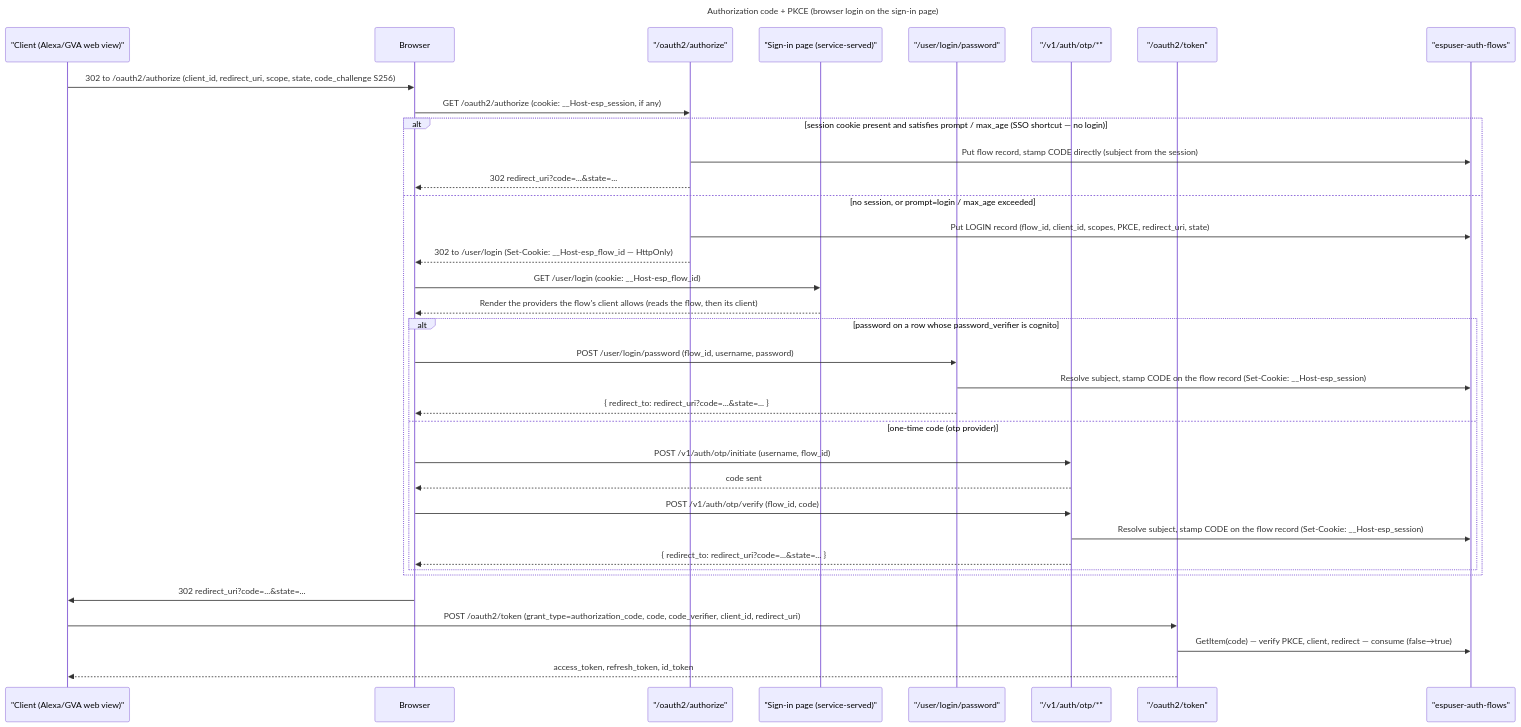
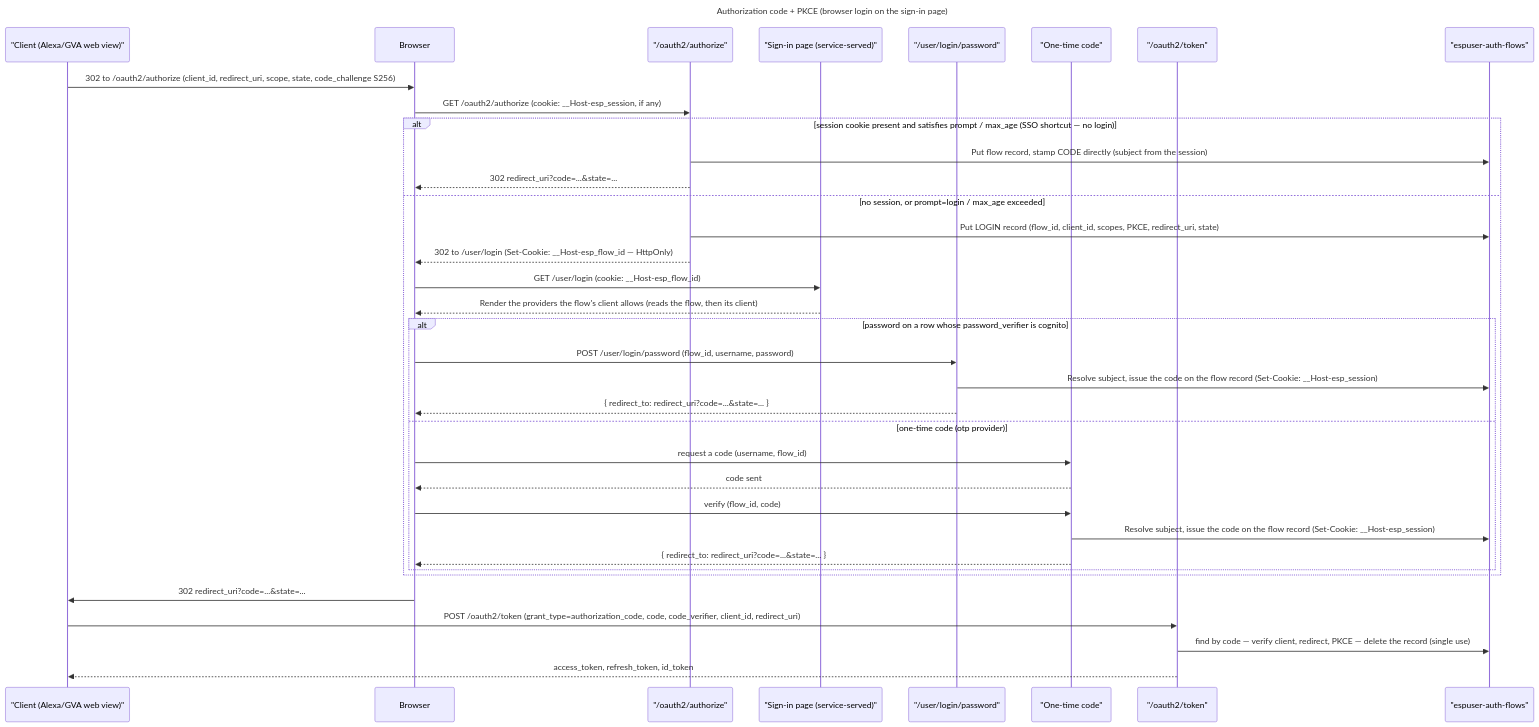
One commit to espressif/esp-rainmaker-neo changed the diagram in src/espuser/docs/specs/authorize-code-flow.md. Above: the diagram before and after it, drawn with Mermaid. The commit also changed other lines of this file and 14 other files, not shown here.

````diff
--- a/src/espuser/docs/specs/authorize-code-flow.md
+++ b/src/espuser/docs/specs/authorize-code-flow.md
@@ -49,39 +49,39 @@
 ```mermaid
 sequenceDiagram
     title Authorization code + PKCE (browser login on the sign-in page)
     participant Client as "Client (Alexa/GVA web view)"
     participant Browser
     participant Authz as "/oauth2/authorize"
     participant UI as "Sign-in page (service-served)"
     participant Pwd as "/user/login/password"
-    participant OTP as "/v1/auth/otp/*"
+    participant OTP as "One-time code"
     participant Token as "/oauth2/token"
     participant Flows as "espuser-auth-flows"
 
     Client->>Browser: 302 to /oauth2/authorize (client_id, redirect_uri, scope, state, code_challenge S256)
     Browser->>Authz: GET /oauth2/authorize (cookie: __Host-esp_session, if any)
     alt session cookie present and satisfies prompt / max_age (SSO shortcut — no login)
         Authz->>Flows: Put flow record, stamp CODE directly (subject from the session)
         Authz-->>Browser: 302 redirect_uri?code=...&state=...
     else no session, or prompt=login / max_age exceeded
         Authz->>Flows: Put LOGIN record (flow_id, client_id, scopes, PKCE, redirect_uri, state)
         Authz-->>Browser: 302 to /user/login (Set-Cookie: __Host-esp_flow_id — HttpOnly)
         Browser->>UI: GET /user/login (cookie: __Host-esp_flow_id)
         UI-->>Browser: Render the providers the flow's client allows (reads the flow, then its client)
         alt password on a row whose password_verifier is cognito
             Browser->>Pwd: POST /user/login/password (flow_id, username, password)
-            Pwd->>Flows: Resolve subject, stamp CODE on the flow record (Set-Cookie: __Host-esp_session)
+            Pwd->>Flows: Resolve subject, issue the code on the flow record (Set-Cookie: __Host-esp_session)
             Pwd-->>Browser: { redirect_to: redirect_uri?code=...&state=... }
         else one-time code (otp provider)
-            Browser->>OTP: POST /v1/auth/otp/initiate (username, flow_id)
+            Browser->>OTP: request a code (username, flow_id)
             OTP-->>Browser: code sent
-            Browser->>OTP: POST /v1/auth/otp/verify (flow_id, code)
-            OTP->>Flows: Resolve subject, stamp CODE on the flow record (Set-Cookie: __Host-esp_session)
+            Browser->>OTP: verify (flow_id, code)
+            OTP->>Flows: Resolve subject, issue the code on the flow record (Set-Cookie: __Host-esp_session)
             OTP-->>Browser: { redirect_to: redirect_uri?code=...&state=... }
         end
     end
     Browser->>Client: 302 redirect_uri?code=...&state=...
     Client->>Token: POST /oauth2/token (grant_type=authorization_code, code, code_verifier, client_id, redirect_uri)
-    Token->>Flows: GetItem(code) — verify PKCE, client, redirect — consume (false→true)
+    Token->>Flows: find by code — verify client, redirect, PKCE — delete the record (single use)
     Token-->>Client: access_token, refresh_token, id_token
 ```
````
